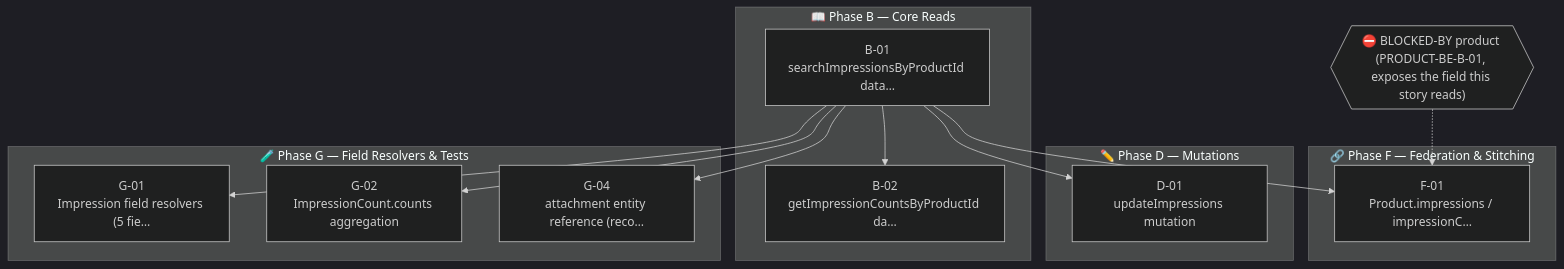
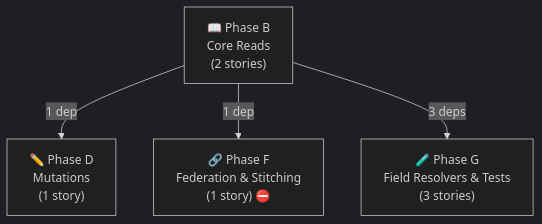
The first of 3 diagrams in finalArtifacts/summary/impression/story-dependency-graph-impression.md (SarithaMathai/migration), drawn with Mermaid (dark theme) before and after one commit. The commit also changed other lines of this file and 27 other files, not shown here.

First line of the commit message:
Collapse Graph A into one box per phase instead of one node per story

````diff
--- a/finalArtifacts/summary/impression/story-dependency-graph-impression.md
+++ b/finalArtifacts/summary/impression/story-dependency-graph-impression.md
@@ -11,26 +11,10 @@
 ```mermaid
 flowchart TD
-  subgraph PHB["📖 Phase B — Core Reads"]
-    NB_01["B-01<br/>searchImpressionsByProductId data…"]
-    NB_02["B-02<br/>getImpressionCountsByProductId da…"]
-  end
-  subgraph PHD["✏️ Phase D — Mutations"]
-    ND_01["D-01<br/>updateImpressions mutation"]
-  end
-  subgraph PHF["🔗 Phase F — Federation & Stitching"]
-    NF_01["F-01<br/>Product.impressions / impressionC…"]
-  end
-  subgraph PHG["🧪 Phase G — Field Resolvers & Tests"]
-    NG_01["G-01<br/>Impression field resolvers (5 fie…"]
-    NG_02["G-02<br/>ImpressionCount.counts aggregation"]
-    NG_04["G-04<br/>attachment entity reference (reco…"]
-  end
-  NB_01 --> NB_02
-  NB_01 --> ND_01
-  NB_01 --> NF_01
-  NB_01 --> NG_01
-  NB_01 --> NG_02
-  NB_01 --> NG_04
-  G__BLOCKED_BY_product__PRODUCT_BE_B_01__exposes_the_field_this_story_reads_{{"⛔ BLOCKED-BY product (PRODUCT-BE-B-01, exposes the field this story reads)"}}
-  G__BLOCKED_BY_product__PRODUCT_BE_B_01__exposes_the_field_this_story_reads_ -.-> NF_01
+  PHB["📖 Phase B<br/>Core Reads<br/>(2 stories)"]
+  PHD["✏️ Phase D<br/>Mutations<br/>(1 story)"]
+  PHF["🔗 Phase F<br/>Federation & Stitching<br/>(1 story) ⛔"]
+  PHG["🧪 Phase G<br/>Field Resolvers & Tests<br/>(3 stories)"]
+  PHB -->|1 dep| PHD
+  PHB -->|1 dep| PHF
+  PHB -->|3 deps| PHG
 ```
````
